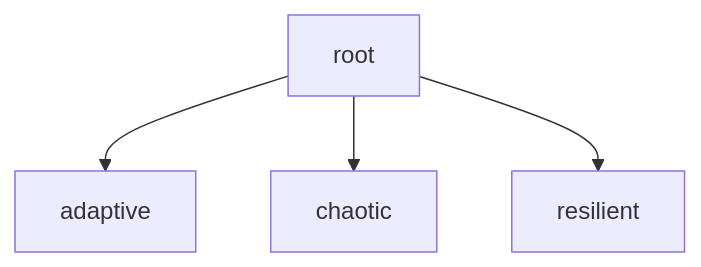
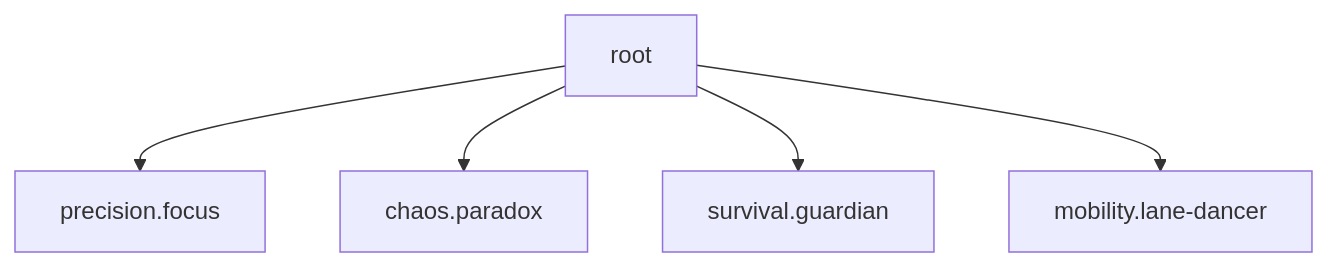
Before and after one commit to falcoignis/obtuseloot: the diagram in analytics/ability-visualization.md, drawn with Mermaid. The commit also changed other lines of this file and 23 other files, not shown here.

````diff
--- a/analytics/ability-visualization.md
+++ b/analytics/ability-visualization.md
@@ -4,6 +4,7 @@
 ```mermaid
 graph TD
-  root-->adaptive
-  root-->chaotic
-  root-->resilient
+  root-->precision.focus
+  root-->chaos.paradox
+  root-->survival.guardian
+  root-->mobility.lane-dancer
 ```
````
